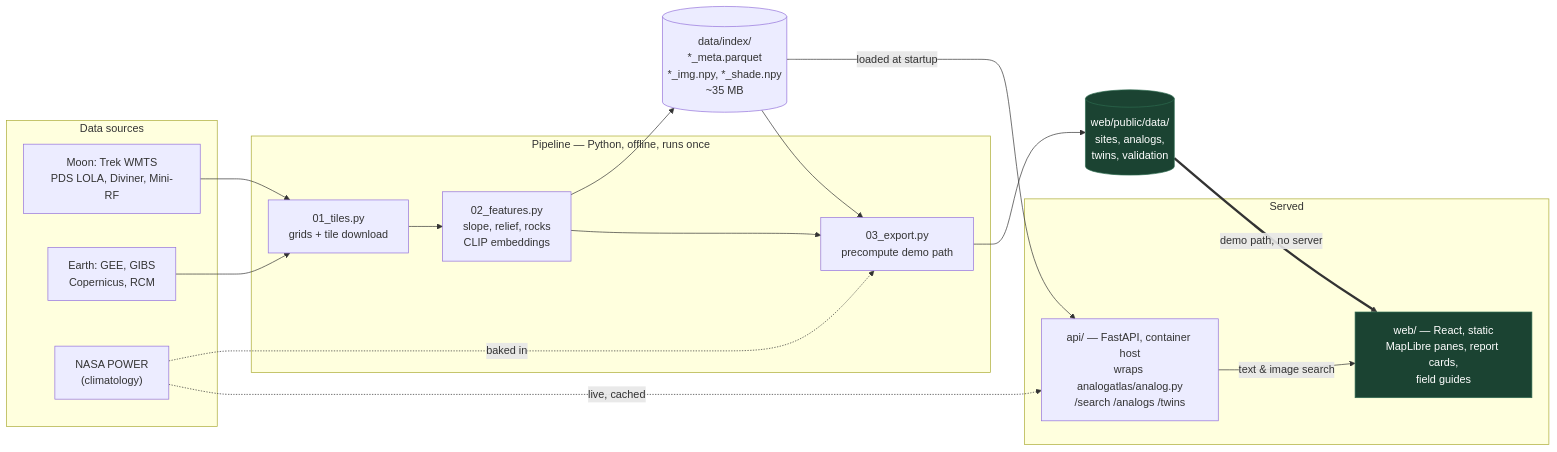
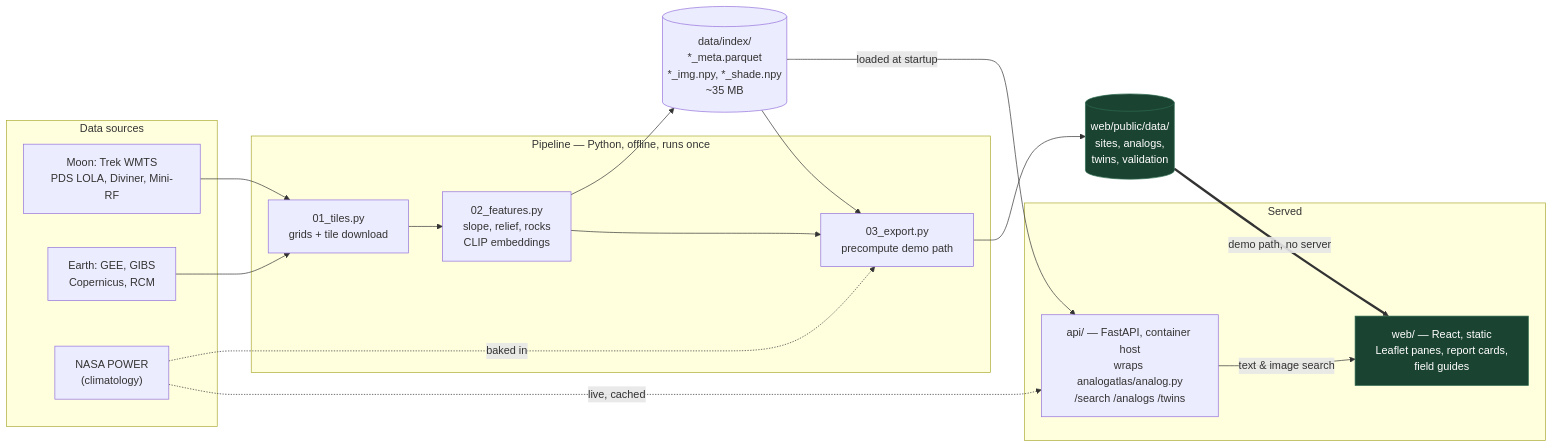
One commit to FionaL7/AnalogAtlas changed the first of 3 diagrams in docs/ARCHITECTURE.md. Above: the diagram before and after it, drawn with Mermaid. The commit also changed other lines of this file and 12 other files, not shown here.

First line of the commit message:
Real map: Leaflet panes for the Moon and Earth (#24)

````diff
--- a/docs/ARCHITECTURE.md
+++ b/docs/ARCHITECTURE.md
@@ -16,37 +16,37 @@
 ```mermaid
 flowchart LR
     subgraph SRC["Data sources"]
         MOON["Moon: Trek WMTS<br/>PDS LOLA, Diviner, Mini-RF"]
         EARTH["Earth: GEE, GIBS<br/>Copernicus, RCM"]
         POWER["NASA POWER<br/>(climatology)"]
     end
 
     subgraph PIPE["Pipeline — Python, offline, runs once"]
         S1["01_tiles.py<br/>grids + tile download"]
         S2["02_features.py<br/>slope, relief, rocks<br/>CLIP embeddings"]
         S3["03_export.py<br/>precompute demo path"]
         S1 --> S2 --> S3
     end
 
     IDX[("data/index/<br/>*_meta.parquet<br/>*_img.npy, *_shade.npy<br/>~35 MB")]
     EXP[("web/public/data/<br/>sites, analogs,<br/>twins, validation")]
 
     subgraph SERVE["Served"]
         API["api/ — FastAPI, container host<br/>wraps analogatlas/analog.py<br/>/search /analogs /twins"]
-        WEB["web/ — React, static<br/>MapLibre panes, report cards,<br/>field guides"]
+        WEB["web/ — React, static<br/>Leaflet panes, report cards,<br/>field guides"]
     end
 
     MOON --> S1
     EARTH --> S1
     S2 --> IDX
     IDX --> S3
     S3 --> EXP
     IDX -->|loaded at startup| API
     POWER -.->|live, cached| API
     POWER -.->|baked in| S3
     EXP ==>|demo path, no server| WEB
     API -->|text & image search| WEB
 
     classDef static fill:#1b4332,stroke:#2d6a4f,color:#fff
     class EXP,WEB static
 ```
````
